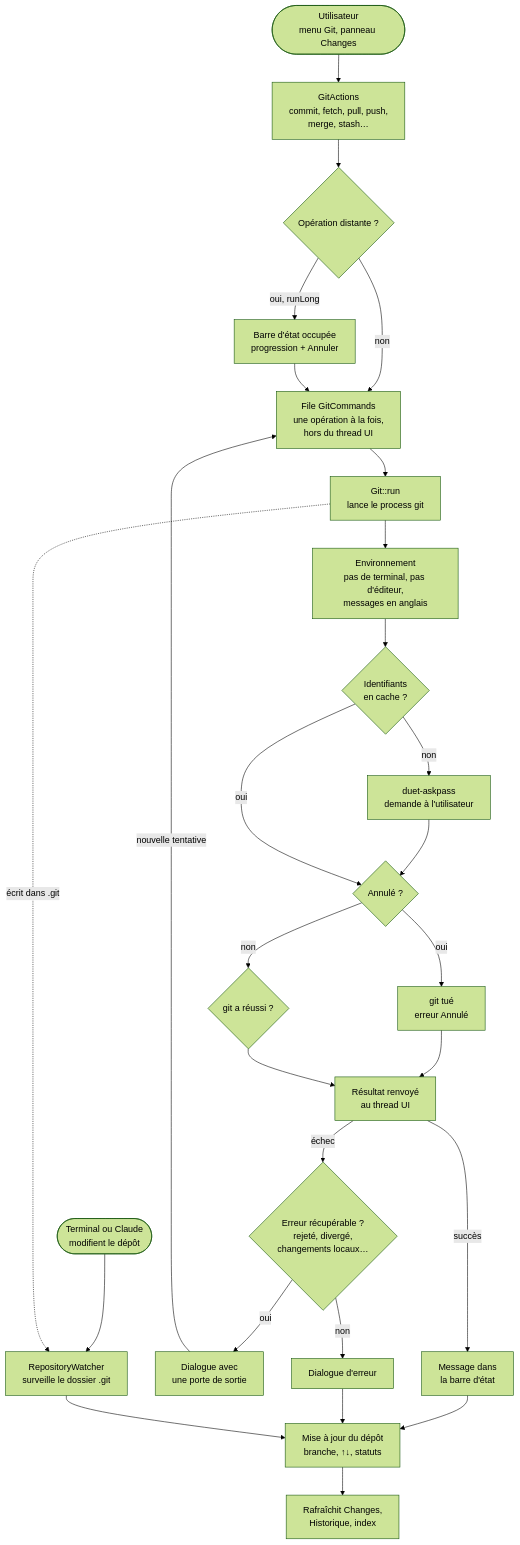
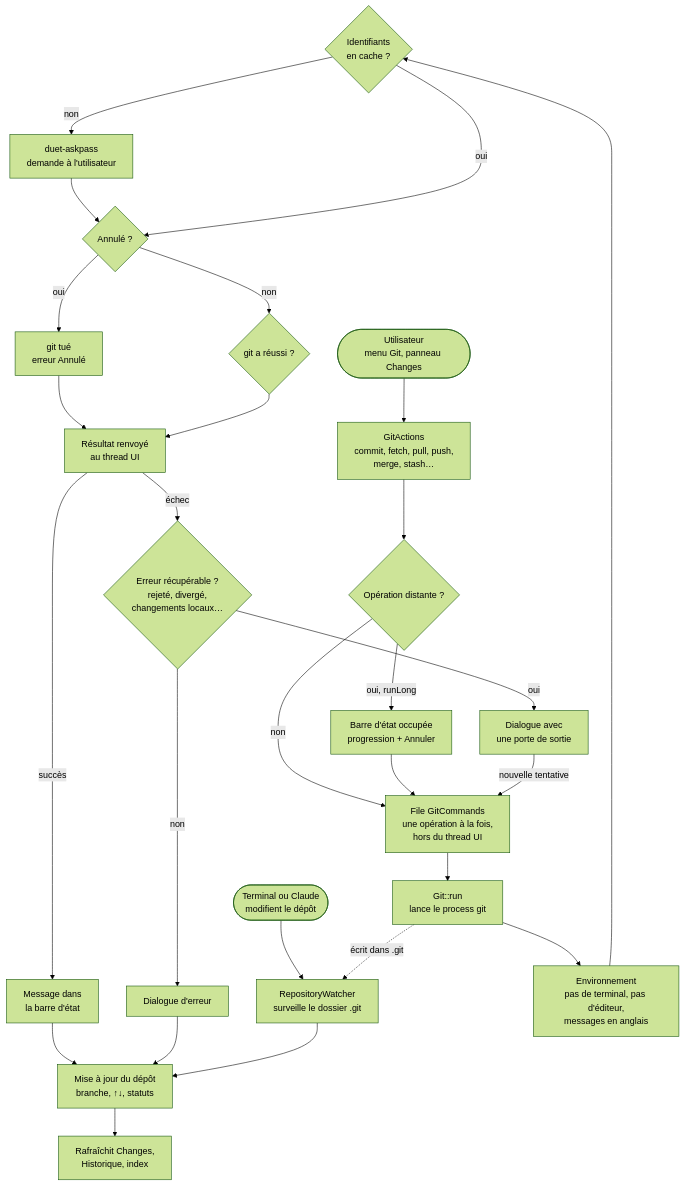
Before and after one commit to EricPonthiaux/Kodamiko: the diagram in docs/gitflow.mmd, drawn with Mermaid (forest theme). The commit also changed 7 other files, not shown here.

```diff
--- a/docs/gitflow.mmd
+++ b/docs/gitflow.mmd
@@ -1,97 +1,97 @@
 flowchart TB
-  kind{"Opération distante ?"}
-  env["Environnement<br/>pas de terminal, pas d'éditeur,<br/>messages en anglais"]
   creds{"Identifiants<br/>en cache ?"}
-  askpass["duet-askpass<br/>demande à l'utilisateur"]
-  cancel{"Annulé ?"}
-  kill["git tué<br/>erreur Annulé"]
-  result{"git a réussi ?"}
-  back["Résultat renvoyé<br/>au thread UI"]
   success["Message dans<br/>la barre d'état"]
   recover{"Erreur récupérable ?<br/>rejeté, divergé,<br/>changements locaux…"}
   wayout["Dialogue avec<br/>une porte de sortie"]
   failed["Dialogue d'erreur"]
-  refresh["Mise à jour du dépôt<br/>branche, ↑↓, statuts"]
   views["Rafraîchit Changes,<br/>Historique, index"]
+  run["Git::run<br/>lance le process git"]
+  user(["Utilisateur<br/>menu Git, panneau Changes"])
+  actions["GitActions<br/>commit, fetch, pull, push,<br/>merge, stash…"]
+  kind{"Opération distante ?"}
   busy["Barre d'état occupée<br/>progression + Annuler"]
   queue["File GitCommands<br/>une opération à la fois,<br/>hors du thread UI"]
+  outside(["Terminal ou Claude<br/>modifient le dépôt"])
   watcher["RepositoryWatcher<br/>surveille le dossier .git"]
-  outside(["Terminal ou Claude<br/>modifient le dépôt"])
-  run["Git::run<br/>lance le process git"]
-  actions["GitActions<br/>commit, fetch, pull, push,<br/>merge, stash…"]
-  user(["Utilisateur<br/>menu Git, panneau Changes"])
+  env["Environnement<br/>pas de terminal, pas d'éditeur,<br/>messages en anglais"]
+  askpass["duet-askpass<br/>demande à l'utilisateur"]
+  cancel{"Annulé ?"}
+  result{"git a réussi ?"}
+  kill["git tué<br/>erreur Annulé"]
+  back["Résultat renvoyé<br/>au thread UI"]
+  refresh["Mise à jour du dépôt<br/>branche, ↑↓, statuts"]
   user --> actions
   actions --> kind
   kind -->|non| queue
   kind -->|oui, runLong| busy
   busy --> queue
   queue --> run
   run --> env
   env --> creds
   creds -->|non| askpass
   askpass --> cancel
   creds -->|oui| cancel
   cancel -->|oui| kill
   cancel -->|non| result
   kill --> back
   result --> back
   back -->|succès| success
   back -->|échec| recover
   recover -->|oui| wayout
   wayout -->|nouvelle tentative| queue
   recover -->|non| failed
   success --> refresh
   failed --> refresh
   outside --> watcher
   run -.->|écrit dans .git| watcher
   watcher --> refresh
   refresh --> views
 
 %% Layout kept by Duet (positions, sizes, colors, curves)
-%% duet {"key":"kind","x":368,"y":274}
-%% duet {"key":"env","x":269.5,"y":891.9}
-%% duet {"key":"creds","x":260.5,"y":1038.9}
-%% duet {"key":"askpass","x":345,"y":1252.9}
-%% duet {"key":"cancel","x":258.5,"y":1398.9}
-%% duet {"key":"kill","x":133,"y":1622.9}
-%% duet {"key":"result","x":297.5,"y":1596.9}
-%% duet {"key":"back","x":165.5,"y":1775.9}
-%% duet {"key":"success","x":58.5,"y":2126.8}
-%% duet {"key":"recover","x":184,"y":1921.8}
-%% duet {"key":"wayout","x":477.5,"y":2223.8}
-%% duet {"key":"failed","x":213.5,"y":2227.8}
-%% duet {"key":"refresh","x":37.5,"y":2350.8}
-%% duet {"key":"views","x":42,"y":2477.7}
-%% duet {"key":"busy","x":610.4,"y":468.2}
-%% duet {"key":"queue","x":383.9,"y":562.6}
-%% duet {"key":"watcher","x":-14.2,"y":900.1}
-%% duet {"key":"outside","x":37.5,"y":739.2}
-%% duet {"key":"run","x":304,"y":745.9}
-%% duet {"key":"actions","x":458.2,"y":126.1}
-%% duet {"key":"user","x":400.4,"y":1.4}
-%% duet {"c":[517.5,69.7,522.6,83.5,528.5,99.8,534.1,115.2],"e":[538,125.6],"link":"user>actions","n":0}
-%% duet {"c":[547.5,214.4,545.2,230.2,542.4,248.4,539.8,265.7],"e":[538.1,277],"link":"actions>kind","n":0}
-%% duet {"c":[517.7,390.2,507.9,437.3,493.9,504.1,484,551],"e":[481.7,562.2],"link":"kind>queue","n":0}
-%% duet {"c":[573.5,378.2,598.7,403.5,630.1,435.1,654.9,460],"e":[662.7,467.9],"link":"kind>busy","n":0}
-%% duet {"c":[622.8,536.7,606.3,544.3,588.6,552.6,571.4,560.6],"e":[561.3,565.3],"link":"busy>queue","n":0}
-%% duet {"c":[449,650.8,435.2,676.8,417.8,709.6,404,735.7],"e":[398.7,745.7],"link":"queue>run","n":0}
-%% duet {"c":[380.5,814.2,380.5,833.6,380.5,858.3,380.5,880.4],"e":[380.5,891.7],"link":"run>env","n":0}
-%% duet {"c":[380.5,980.4,380.5,994.8,380.5,1011.2,380.5,1027.4],"e":[380.5,1038.5],"link":"env>creds","n":0}
-%% duet {"c":[397.7,1165.4,405,1190.1,413.4,1218.6,420.2,1241.7],"e":[423.4,1252.6],"link":"creds>askpass","lp":[431.4,1213.9],"n":0}
-%% duet {"c":[422.5,1321.3,415.6,1342.8,406.6,1371,398.5,1396.3],"e":[395.1,1406.9],"link":"askpass>cancel","n":0}
-%% duet {"c":[360.9,1164.3,353.1,1190,345.2,1220.8,341.3,1249.2,336.8,1282.4,336.8,1291.4,341.3,1324.6,344.6,1348.5,350.9,1374.2,357.5,1396.6],"e":[360.7,1407.3],"link":"creds>cancel","lp":[309,1286.9],"n":0}
-%% duet {"c":[340.2,1499.9,308.9,1533.4,265,1580.4,233.4,1614.2],"e":[225.6,1622.5],"link":"cancel>kill","lp":[306.1,1557.9],"n":0}
-%% duet {"c":[389.3,1513.8,394,1537.6,399.5,1565.7,404.5,1590.7],"e":[406.7,1601.9],"link":"cancel>result","lp":[415.7,1557.9],"n":0}
-%% duet {"c":[202.9,1691.2,208.9,1712.9,216.6,1741.1,223.1,1764.6],"e":[226.1,1775.7],"link":"kill>back","n":0}
-%% duet {"c":[372.5,1694.7,345.9,1717.1,312.2,1745.4,284.9,1768.4],"e":[276.2,1775.7],"link":"result>back","n":0}
-%% duet {"c":[224.2,1844.2,203.1,1907.9,158,2044.4,134.5,2115.5],"e":[130.9,2126.4],"link":"back>success","lp":[211.4,1882.9],"n":0}
-%% duet {"c":[257,1844.3,272.2,1868.7,293.3,1902.4,312.5,1933],"e":[318.3,1942.4],"link":"back>recover","lp":[308.8,1882.9],"n":0}
-%% duet {"c":[410.2,2073.4,444.8,2117.6,490.1,2175.4,520.6,2214.5],"e":[527.6,2223.5],"link":"recover>wayout","lp":[517,2160.8],"n":0}
-%% duet {"c":[554,2223.5,552.6,2131.9,548.3,1874.4,541.8,1660.1,536.3,1477.4,536.8,1431.6,525.7,1249.2,512.4,1031.8,488.5,773.6,477.8,662.2],"e":[476.7,651],"link":"wayout>queue","n":0}
-%% duet {"c":[337.3,2086.6,324.3,2129.5,308.7,2181.2,298,2216.5],"e":[294.7,2227.4],"link":"recover>failed","lp":[337,2160.8],"n":0}
-%% duet {"c":[119.5,2194.8,119.5,2233.3,119.5,2296.2,119.5,2339],"e":[119.5,2350.5],"link":"success>refresh","n":0}
-%% duet {"c":[245.7,2288.2,224,2304.8,196.9,2325.6,173.3,2343.6],"e":[164.5,2350.4],"link":"failed>refresh","n":0}
-%% duet {"c":[105.5,807.3,99.3,831,91,862.9,84.2,888.7],"e":[81.3,899.8],"link":"outside>watcher","n":0}
-%% duet {"c":[311.7,814.3,264.2,838.1,200.8,869.8,151.2,894.6],"e":[141.1,899.7],"link":"run>watcher","n":0}
-%% duet {"c":[71.6,968.2,68.8,1109.7,58.2,1665.9,54.8,2123.1,54.6,2156.6,49.2,2165.5,54.8,2198.5,63.2,2248.4,83.5,2302.9,99.1,2339.9],"e":[103.6,2350.4],"link":"watcher>refresh","n":0}
-%% duet {"c":[119.5,2419.2,119.5,2433.5,119.5,2450.5,119.5,2465.9],"e":[119.5,2477.3],"link":"refresh>views","n":0}
+%% duet {"key":"creds","x":506,"y":0}
+%% duet {"key":"success","x":0,"y":1089}
+%% duet {"key":"recover","x":119.5,"y":884}
+%% duet {"key":"wayout","x":328,"y":1186}
+%% duet {"key":"failed","x":182,"y":1282.9}
+%% duet {"key":"views","x":152.5,"y":1938.8}
+%% duet {"key":"run","x":497.5,"y":1518.9}
+%% duet {"key":"user","x":614.5,"y":565.1}
+%% duet {"key":"actions","x":595,"y":718.1}
+%% duet {"key":"kind","x":515.5,"y":912}
+%% duet {"key":"busy","x":645.5,"y":1186}
+%% duet {"key":"queue","x":480.5,"y":1371.9}
+%% duet {"key":"outside","x":300,"y":1518.9}
+%% duet {"key":"watcher","x":295.5,"y":1674.9}
+%% duet {"key":"env","x":648,"y":1664.9}
+%% duet {"key":"askpass","x":363.5,"y":214}
+%% duet {"key":"cancel","x":332,"y":341}
+%% duet {"key":"result","x":332,"y":539.1}
+%% duet {"key":"kill","x":167.5,"y":565.1}
+%% duet {"key":"back","x":198,"y":728.1}
+%% duet {"key":"refresh","x":147.5,"y":1811.9}
+%% duet {"c":[713.2,633.4,709.5,654.4,704.7,682,700.5,706.1],"e":[698.5,717.6],"link":"user>actions","n":0}
+%% duet {"c":[688.1,806.4,686.2,833.8,683.8,870,681.7,901.4],"e":[680.9,913.1],"link":"actions>kind","n":0}
+%% duet {"c":[652.1,1022.9,632.1,1065.2,605.1,1128.1,591,1186,576.8,1244.2,571.6,1312.8,569.9,1359.7],"e":[569.5,1371.7],"link":"kind>queue","lp":[607.5,1220],"n":0}
+%% duet {"c":[689.3,1027.9,699.1,1072,712.8,1133.1,722,1174.2],"e":[724.6,1185.8],"link":"kind>busy","lp":[757.2,1123],"n":0}
+%% duet {"c":[704,1254.3,679,1284,642,1328.1,613.1,1362.5],"e":[605.5,1371.5],"link":"busy>queue","n":0}
+%% duet {"c":[570.6,1460.4,571.2,1475.3,571.8,1492.1,572.3,1507.2],"e":[572.8,1518.8],"link":"queue>run","n":0}
+%% duet {"c":[614.1,1587.3,638.6,1607.7,670.3,1634.1,697.8,1657],"e":[707,1664.6],"link":"run>env","n":0}
+%% duet {"c":[833.1,1664.4,868.4,1637.7,903,1599.8,903,1553.9,903,247,903,247,903,247,903,159.7,804.3,113.2,724.7,89.9],"e":[713.6,86.8],"link":"env>creds","n":0}
+%% duet {"c":[583.9,112.1,556.2,140.5,520.1,177.4,492.7,205.4],"e":[484.5,213.8],"link":"creds>askpass","lp":[545.1,175],"n":0}
+%% duet {"c":[452,282.2,452,295.9,452,312.5,452,328.7],"e":[452,340.5],"link":"askpass>cancel","n":0}
+%% duet {"c":[615.4,130.3,605.9,174.6,589.2,234.6,562,282,546.7,308.6,524.4,334,503.9,354.4],"e":[495.5,362.5],"link":"creds>cancel","lp":[606.7,248],"n":0}
+%% duet {"c":[408.8,439.8,370.4,473.4,314.3,522.5,274.9,557],"e":[266.2,564.6],"link":"cancel>kill","lp":[361.2,500],"n":0}
+%% duet {"c":[452,461.4,452,481.9,452,505.1,452,526.6],"e":[452,538.6],"link":"cancel>result","lp":[468.5,500],"n":0}
+%% duet {"c":[236.3,633.4,242.2,657.4,250.3,689.9,256.8,716.2],"e":[259.7,727.7],"link":"kill>back","n":0}
+%% duet {"c":[408.8,637.8,380.6,662.5,343.8,694.7,314.9,720],"e":[306.2,727.6],"link":"result>back","n":0}
+%% duet {"c":[197.8,795.9,162.2,816.2,121.6,845.8,98,884,61.4,943.4,56.7,1026.4,58,1077],"e":[58.4,1088.9],"link":"back>success","lp":[164,845],"n":0}
+%% duet {"c":[272.5,796.5,275.4,818.5,279.5,848.5,283.4,877.4],"e":[285,889.2],"link":"back>recover","lp":[302.3,845],"n":0}
+%% duet {"c":[327.7,1044.5,346.3,1086.7,369.4,1138.7,385.5,1174.9],"e":[390.2,1185.6],"link":"recover>wayout","lp":[390.3,1123],"n":0}
+%% duet {"c":[403.3,1254.4,403.6,1280.9,408,1317.5,427,1342.9,438.2,1358,453.5,1370.1,469.8,1379.8],"e":[480.1,1385.6],"link":"wayout>queue","lp":[482,1312.9],"n":0}
+%% duet {"c":[285.8,1055.1,277.4,1123.4,265.6,1217.9,259,1271.1],"e":[257.6,1282.8],"link":"recover>failed","lp":[297.7,1123],"n":0}
+%% duet {"c":[84.5,1157.2,107.8,1193.5,140,1254.1,140,1311.9,140,1311.9,140,1311.9,140,1709.9,140,1745.1,161.5,1778.2,183.5,1802.7],"e":[191.6,1811.4],"link":"success>refresh","n":0}
+%% duet {"c":[247.5,1343.2,240.4,1377.8,230,1437.3,230,1488.9,230,1488.9,230,1488.9,230,1709.9,230,1739.8,230,1773.5,230,1799.7],"e":[230,1811.6],"link":"failed>refresh","n":0}
+%% duet {"c":[378.1,1587.3,378.8,1609.4,379.7,1638.6,380.5,1662.8],"e":[380.9,1674.5],"link":"outside>watcher","n":0}
+%% duet {"c":[532.3,1587.3,503.1,1610.7,464,1642.1,432.9,1667],"e":[423.6,1674.5],"link":"run>watcher","lp":[537.7,1625.9],"n":0}
+%% duet {"c":[344.4,1743.2,323.9,1761.5,298.2,1784.3,276.4,1803.6],"e":[267.7,1811.4],"link":"watcher>refresh","n":0}
+%% duet {"c":[230,1880,230,1894.3,230,1911.2,230,1926.6],"e":[230,1938.5],"link":"refresh>views","n":0}
```
